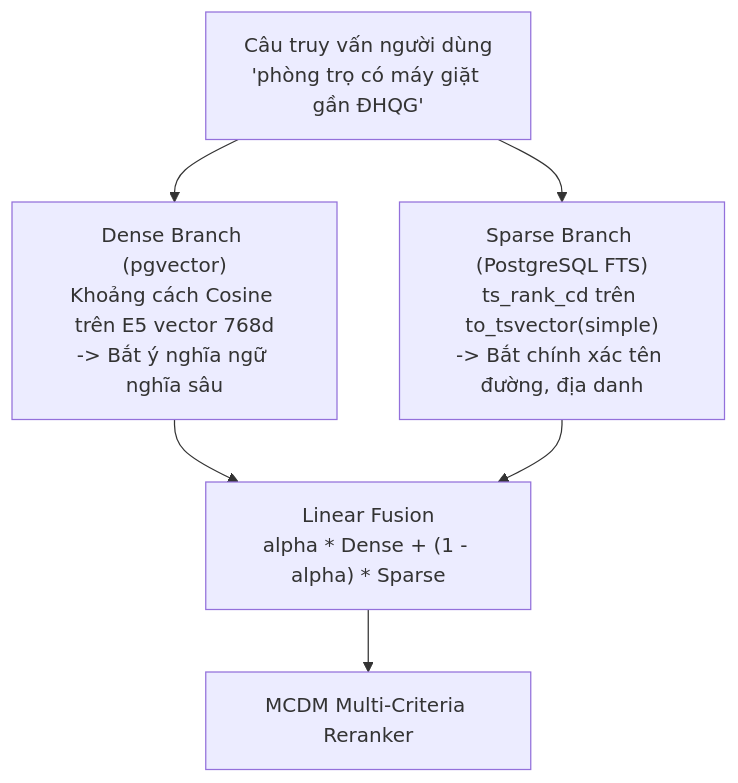
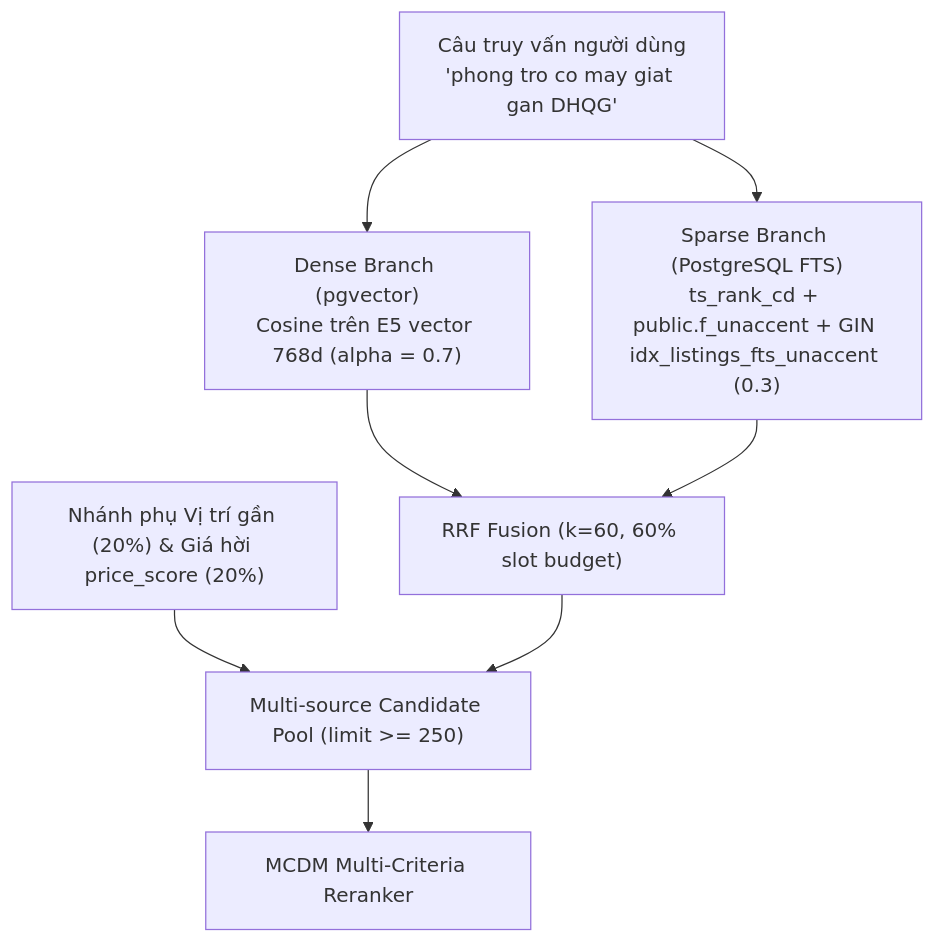
One commit to undead04/intelligent-room-rental changed the diagram in docs/architecture/modules/search-and-ranking.md. Above: the diagram before and after it, drawn with Mermaid. The commit also changed other lines of this file and 15 other files, not shown here.

Commit message:
fix(ranking): align agent/backend MCDM weights, add unaccent FTS & RRF multi-source pool

````diff
--- a/docs/architecture/modules/search-and-ranking.md
+++ b/docs/architecture/modules/search-and-ranking.md
@@ -14,9 +14,11 @@
 ```mermaid
 flowchart TD
-    Query["Câu truy vấn người dùng<br/>'phòng trọ có máy giặt gần ĐHQG'"] --> Dense["Dense Branch (pgvector)<br/>Khoảng cách Cosine trên E5 vector 768d<br/>-> Bắt ý nghĩa ngữ nghĩa sâu"]
-    Query --> Sparse["Sparse Branch (PostgreSQL FTS)<br/>ts_rank_cd trên to_tsvector(simple)<br/>-> Bắt chính xác tên đường, địa danh"]
+    Query["Câu truy vấn người dùng<br/>'phong tro co may giat gan DHQG'"] --> Dense["Dense Branch (pgvector)<br/>Cosine trên E5 vector 768d (alpha = 0.7)"]
+    Query --> Sparse["Sparse Branch (PostgreSQL FTS)<br/>ts_rank_cd + public.f_unaccent + GIN idx_listings_fts_unaccent (0.3)"]
     
-    Dense --> Fusion["Linear Fusion<br/>alpha * Dense + (1 - alpha) * Sparse"]
-    Sparse --> Fusion
-    Fusion --> Rerank["MCDM Multi-Criteria Reranker"]
+    Dense --> RRF["RRF Fusion (k=60, 60% slot budget)"]
+    Sparse --> RRF
+    GeoPrice["Nhánh phụ Vị trí gần (20%) & Giá hời price_score (20%)"] --> Pool["Multi-source Candidate Pool (limit >= 250)"]
+    RRF --> Pool
+    Pool --> Rerank["MCDM Multi-Criteria Reranker"]
 ```
````
